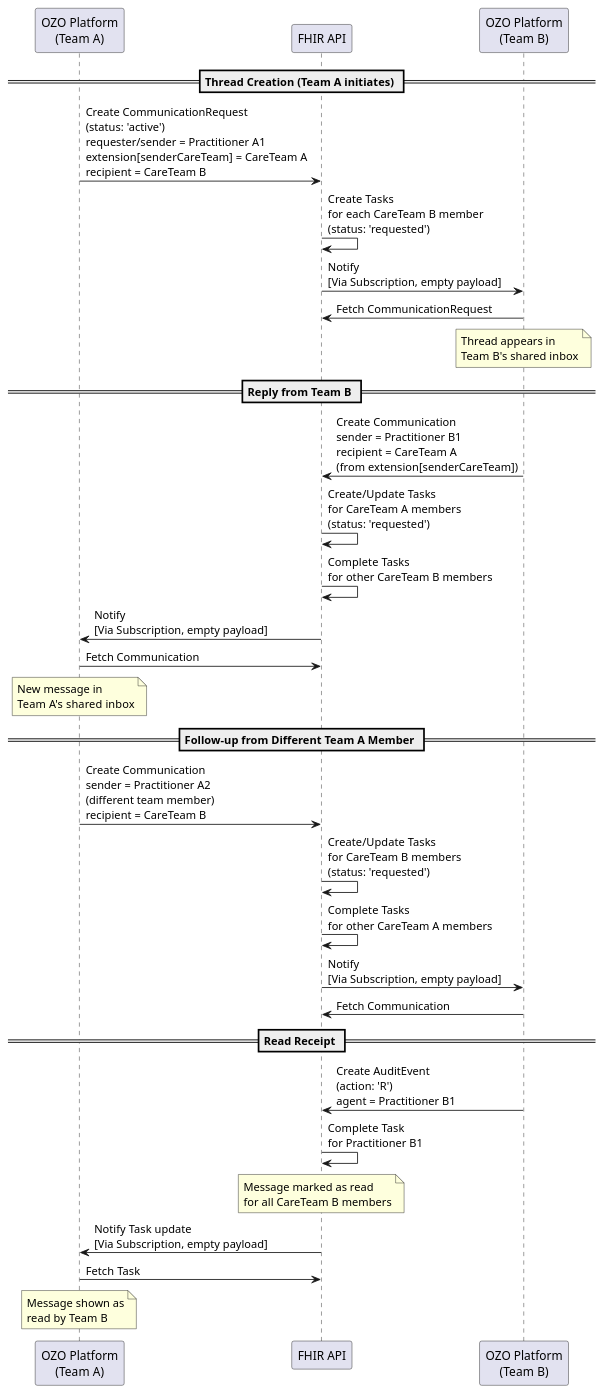
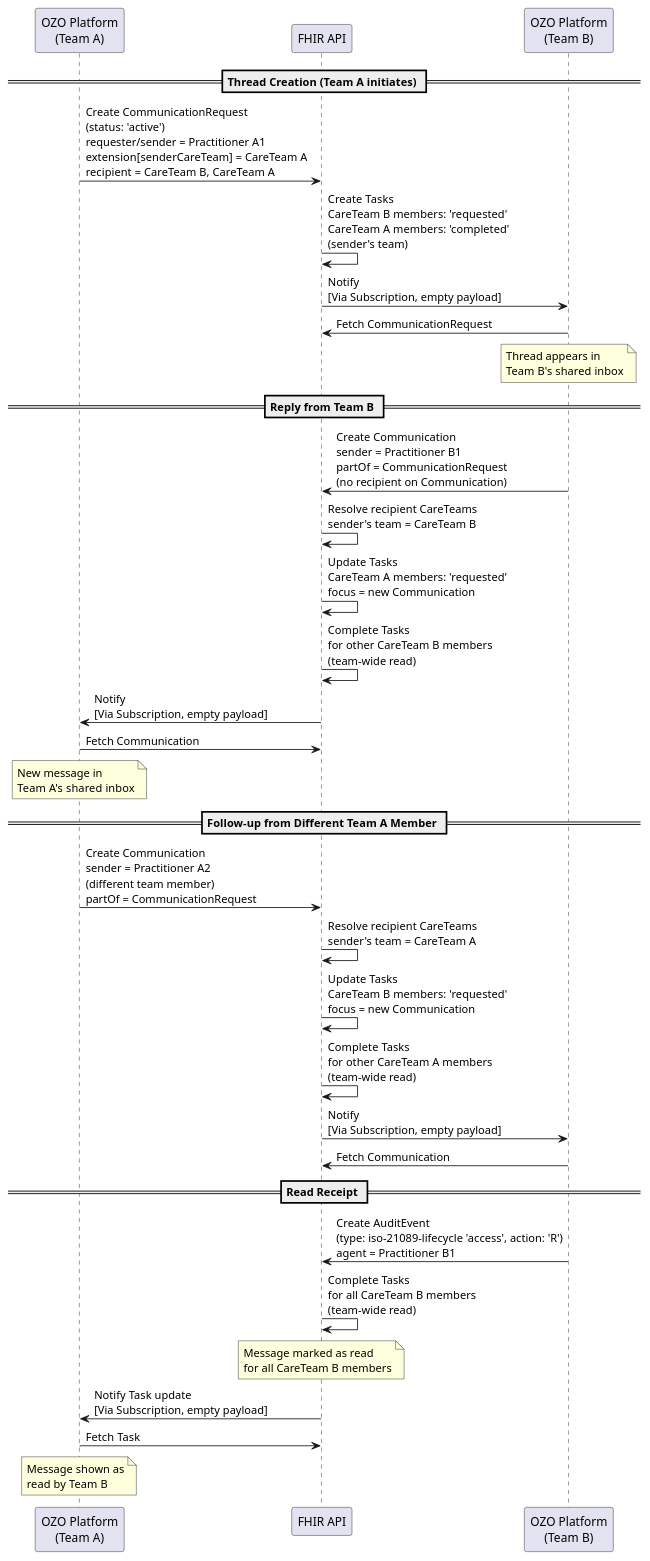
One commit to ozoverbindzorg/integrale-netwerk-communicatie changed the diagram in input/images-source/fhir-team-messaging-interaction.plantuml. Above: the diagram before and after it, drawn with PlantUML. The commit also changed 19 other files, not shown here.

First line of the commit message:
feat: team threads list initiating CareTeam in recipient (0.8.0)

```diff
--- a/input/images-source/fhir-team-messaging-interaction.plantuml
+++ b/input/images-source/fhir-team-messaging-interaction.plantuml
@@ -1,35 +1,37 @@
 @startuml
 participant "OZO Platform\n(Team A)" as TeamA
 participant "FHIR API" as FHIR
 participant "OZO Platform\n(Team B)" as TeamB
 
 == Thread Creation (Team A initiates) ==
-TeamA -> FHIR : Create CommunicationRequest\n(status: 'active')\nrequester/sender = Practitioner A1\nextension[senderCareTeam] = CareTeam A\nrecipient = CareTeam B
-FHIR -> FHIR : Create Tasks\nfor each CareTeam B member\n(status: 'requested')
+TeamA -> FHIR : Create CommunicationRequest\n(status: 'active')\nrequester/sender = Practitioner A1\nextension[senderCareTeam] = CareTeam A\nrecipient = CareTeam B, CareTeam A
+FHIR -> FHIR : Create Tasks\nCareTeam B members: 'requested'\nCareTeam A members: 'completed'\n(sender's team)
 FHIR -> TeamB : Notify\n[Via Subscription, empty payload]
 TeamB -> FHIR : Fetch CommunicationRequest
 note over TeamB : Thread appears in\nTeam B's shared inbox
 
 == Reply from Team B ==
-TeamB -> FHIR : Create Communication\nsender = Practitioner B1\nrecipient = CareTeam A\n(from extension[senderCareTeam])
-FHIR -> FHIR : Create/Update Tasks\nfor CareTeam A members\n(status: 'requested')
-FHIR -> FHIR : Complete Tasks\nfor other CareTeam B members
+TeamB -> FHIR : Create Communication\nsender = Practitioner B1\npartOf = CommunicationRequest\n(no recipient on Communication)
+FHIR -> FHIR : Resolve recipient CareTeams\nsender's team = CareTeam B
+FHIR -> FHIR : Update Tasks\nCareTeam A members: 'requested'\nfocus = new Communication
+FHIR -> FHIR : Complete Tasks\nfor other CareTeam B members\n(team-wide read)
 FHIR -> TeamA : Notify\n[Via Subscription, empty payload]
 TeamA -> FHIR : Fetch Communication
 note over TeamA : New message in\nTeam A's shared inbox
 
 == Follow-up from Different Team A Member ==
-TeamA -> FHIR : Create Communication\nsender = Practitioner A2\n(different team member)\nrecipient = CareTeam B
-FHIR -> FHIR : Create/Update Tasks\nfor CareTeam B members\n(status: 'requested')
-FHIR -> FHIR : Complete Tasks\nfor other CareTeam A members
+TeamA -> FHIR : Create Communication\nsender = Practitioner A2\n(different team member)\npartOf = CommunicationRequest
+FHIR -> FHIR : Resolve recipient CareTeams\nsender's team = CareTeam A
+FHIR -> FHIR : Update Tasks\nCareTeam B members: 'requested'\nfocus = new Communication
+FHIR -> FHIR : Complete Tasks\nfor other CareTeam A members\n(team-wide read)
 FHIR -> TeamB : Notify\n[Via Subscription, empty payload]
 TeamB -> FHIR : Fetch Communication
 
 == Read Receipt ==
-TeamB -> FHIR : Create AuditEvent\n(action: 'R')\nagent = Practitioner B1
-FHIR -> FHIR : Complete Task\nfor Practitioner B1
+TeamB -> FHIR : Create AuditEvent\n(type: iso-21089-lifecycle 'access', action: 'R')\nagent = Practitioner B1
+FHIR -> FHIR : Complete Tasks\nfor all CareTeam B members\n(team-wide read)
 note over FHIR : Message marked as read\nfor all CareTeam B members
 FHIR -> TeamA : Notify Task update\n[Via Subscription, empty payload]
 TeamA -> FHIR : Fetch Task
 note over TeamA : Message shown as\nread by Team B
 @enduml
```
